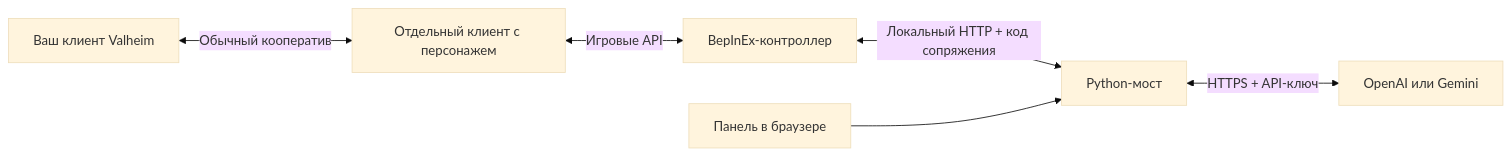
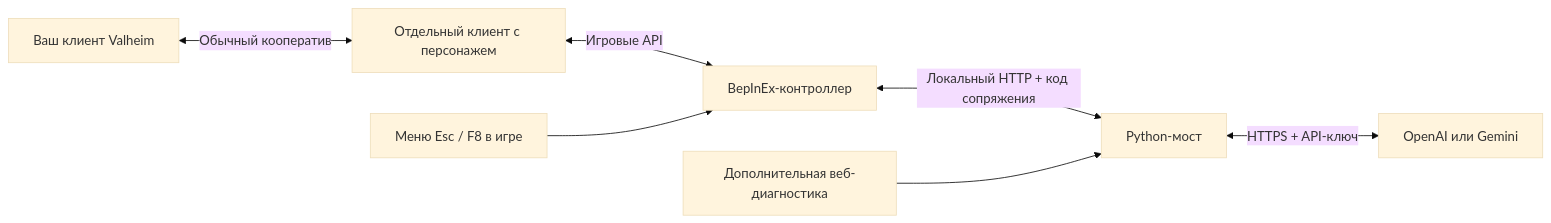
The diagram in docs/architecture.md (S1mpleton/ValheimAIHelper), drawn with Mermaid (base theme) before and after one commit. The commit also changed other lines of this file and 30 other files, not shown here.

Commit message:
Add simple in-game Esc controls and verified OpenAI/Gemini setup; release 0.2.0

````diff
--- a/docs/architecture.md
+++ b/docs/architecture.md
@@ -3,8 +3,9 @@
 ```mermaid
 flowchart LR
     Human[Ваш клиент Valheim] <-->|Обычный кооператив| Bot[Отдельный клиент с персонажем]
     Bot <-->|Игровые API| Mod[BepInEx-контроллер]
     Mod <-->|Локальный HTTP + код сопряжения| Bridge[Python-мост]
-    Dashboard[Панель в браузере] --> Bridge
+    GameMenu[Меню Esc / F8 в игре] --> Mod
+    Dashboard[Дополнительная веб-диагностика] --> Bridge
     Bridge <-->|HTTPS + API-ключ| Provider[OpenAI или Gemini]
 ```
````
